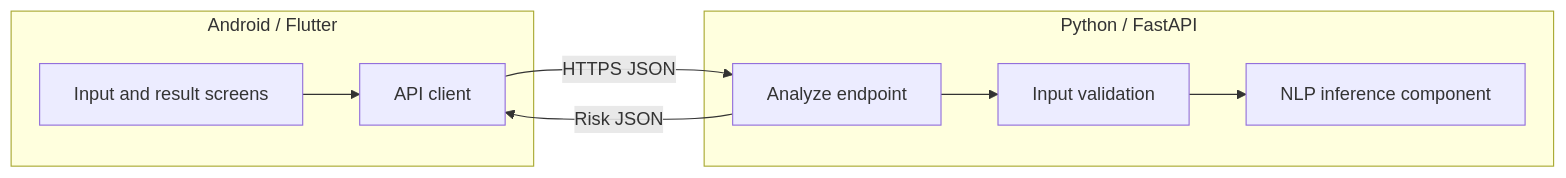
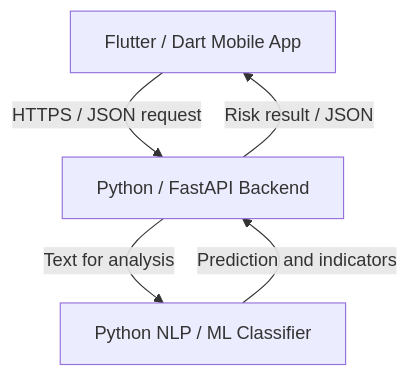
Before and after one commit to Nurssssssssss/phishing-detection-app: the diagram in diagrams/component.mmd, drawn with Mermaid. The commit also changed 6 other files, not shown here.

Commit message:
PDA-8: Add system architecture and diagrams

```diff
--- a/diagrams/component.mmd
+++ b/diagrams/component.mmd
@@ -1,14 +1,10 @@
-flowchart LR
-    subgraph Mobile[Android / Flutter]
-        UI[Input and result screens]
-        Client[API client]
-        UI --> Client
-    end
-    subgraph Backend[Python / FastAPI]
-        API[Analyze endpoint]
-        Valid[Input validation]
-        Model[NLP inference component]
-        API --> Valid --> Model
-    end
-    Client -->|HTTPS JSON| API
-    API -->|Risk JSON| Client
+
+flowchart TD
+    Flutter["Flutter / Dart Mobile App"]
+    API["Python / FastAPI Backend"]
+    Model["Python NLP / ML Classifier"]
+
+    Flutter -->|"HTTPS / JSON request"| API
+    API -->|"Text for analysis"| Model
+    Model -->|"Prediction and indicators"| API
+    API -->|"Risk result / JSON"| Flutter
```
